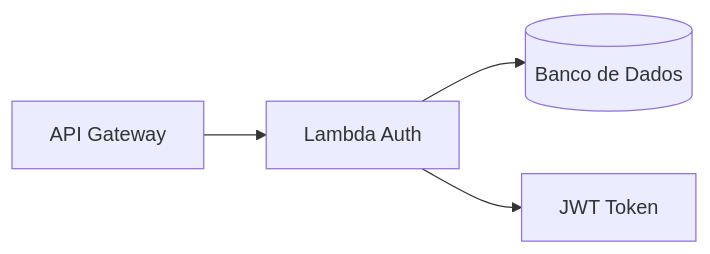
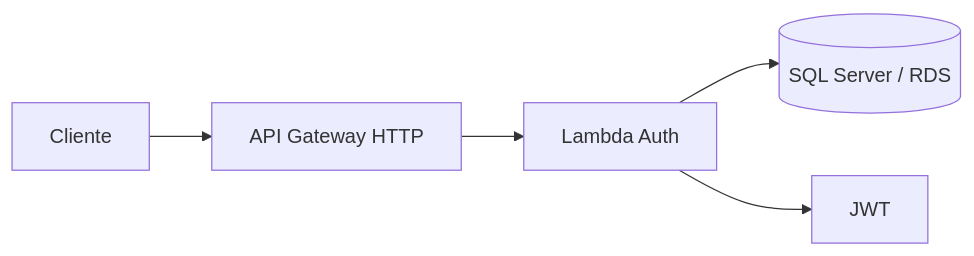
Before and after one commit to FiapPosEAA/fiap-garageflow-lambda-auth: the diagram in README.md, drawn with Mermaid. The commit also changed other lines of this file, not shown here.

````diff
--- a/README.md
+++ b/README.md
@@ -41,6 +82,7 @@
 ```mermaid
 flowchart LR
-    API[API Gateway] --> LAMBDA[Lambda Auth]
-    LAMBDA --> DB[(Banco de Dados)]
-    LAMBDA --> JWT[JWT Token]
+    Client[Cliente] --> APIGW[API Gateway HTTP]
+    APIGW --> Lambda[Lambda Auth]
+    Lambda --> DB[(SQL Server / RDS)]
+    Lambda --> JWT[JWT]
 ```
````
